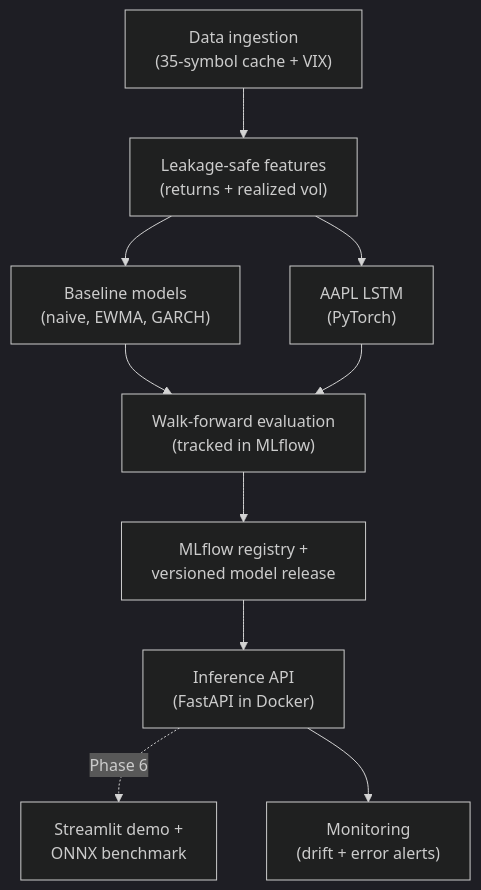
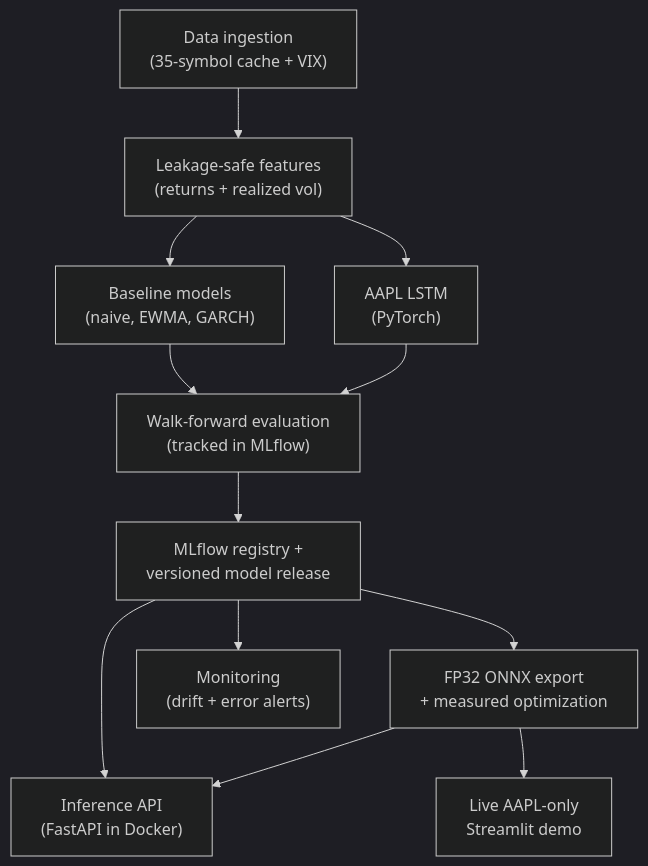
Before and after one commit to ompat5/Volatility-Forecasting-MLOps: the diagram in README.md, drawn with Mermaid (dark theme). The commit also changed other lines of this file and 1 other file, not shown here.

First line of the commit message:
Update Phase 6 project handoff

````diff
--- a/README.md
+++ b/README.md
@@ -25,12 +27,14 @@
 ```mermaid
 flowchart TD
     A["Data ingestion<br/>(35-symbol cache + VIX)"] --> B["Leakage-safe features<br/>(returns + realized vol)"]
     B --> C["Baseline models<br/>(naive, EWMA, GARCH)"]
     B --> D["AAPL LSTM<br/>(PyTorch)"]
     C --> E["Walk-forward evaluation<br/>(tracked in MLflow)"]
     D --> E
     E --> F["MLflow registry +<br/>versioned model release"]
     F --> G["Inference API<br/>(FastAPI in Docker)"]
-    G -. Phase 6 .-> H["Streamlit demo +<br/>ONNX benchmark"]
-    G --> I["Monitoring<br/>(drift + error alerts)"]
+    F --> J["FP32 ONNX export<br/>+ measured optimization"]
+    J --> G
+    J --> H["Live AAPL-only<br/>Streamlit demo"]
+    F --> I["Monitoring<br/>(drift + error alerts)"]
 ```
````
